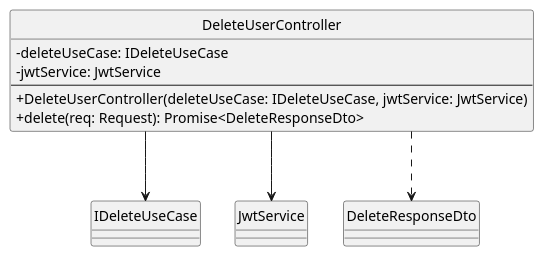
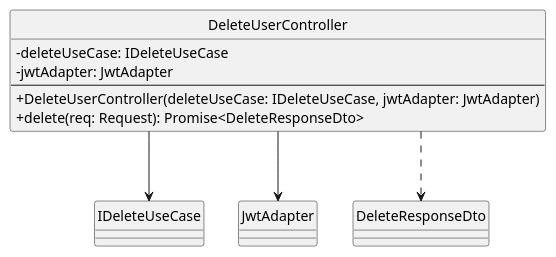
One commit to SkarabGroup/DocumentazioneProgetto changed the diagram in assets/st_diagrams/code/plantuml/account/presentation/controllers/delete.controller.plantuml. Above: the diagram before and after it, drawn with PlantUML. The commit also changed 44 other files, not shown here.

```diff
--- a/assets/st_diagrams/code/plantuml/account/presentation/controllers/delete.controller.plantuml
+++ b/assets/st_diagrams/code/plantuml/account/presentation/controllers/delete.controller.plantuml
@@ -1,23 +1,23 @@
 @startuml DeleteUserController
 
 skinparam componentStyle uml2.5
 skinparam linetype ortho
 skinparam nodesep auto
 skinparam ranksep 70
 skinparam ClassAttributeIconSize 0
 hide circles
 
 class DeleteUserController {
     - deleteUseCase: IDeleteUseCase
-    - jwtService: JwtService
+    - jwtAdapter: JwtAdapter
     ---
-    + DeleteUserController(deleteUseCase: IDeleteUseCase, jwtService: JwtService)
+    + DeleteUserController(deleteUseCase: IDeleteUseCase, jwtAdapter: JwtAdapter)
     + delete(req: Request): Promise<DeleteResponseDto>
 }
 
 ' Relations
 DeleteUserController --> IDeleteUseCase
-DeleteUserController --> JwtService
+DeleteUserController --> JwtAdapter
 DeleteUserController ..> DeleteResponseDto
 
 @enduml
```
